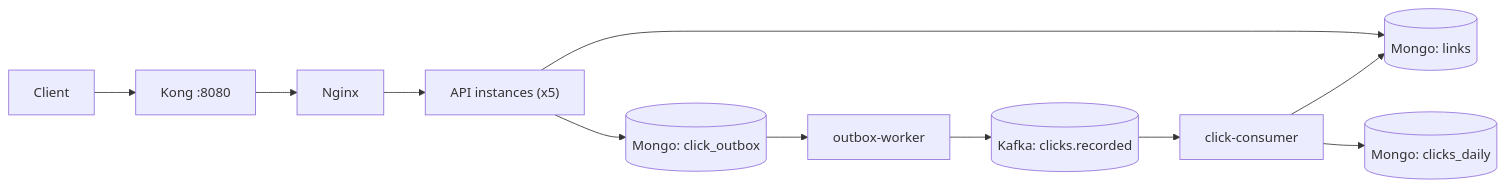
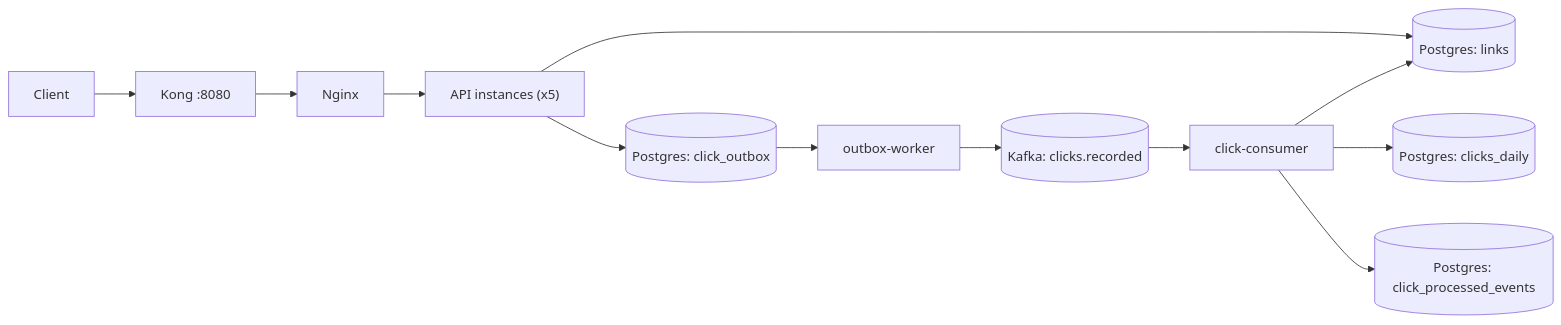
One commit to IgorGrieder/URL-Shortener changed the diagram in README.md. Above: the diagram before and after it, drawn with Mermaid. The commit also changed other lines of this file and 5 other files, not shown here.

````diff
--- a/README.md
+++ b/README.md
@@ -23,13 +26,14 @@
 ```mermaid
 flowchart LR
   C["Client"] --> G["Kong :8080"]
   G --> N["Nginx"]
   N --> A["API instances (x5)"]
-  A --> M1[("Mongo: links")]
-  A --> O[("Mongo: click_outbox")]
+  A --> P1[("Postgres: links")]
+  A --> O[("Postgres: click_outbox")]
   O --> W["outbox-worker"]
   W --> K[("Kafka: clicks.recorded")]
   K --> C2["click-consumer"]
-  C2 --> M1
-  C2 --> M2[("Mongo: clicks_daily")]
+  C2 --> P1
+  C2 --> P2[("Postgres: clicks_daily")]
+  C2 --> P3[("Postgres: click_processed_events")]
 ```
````
